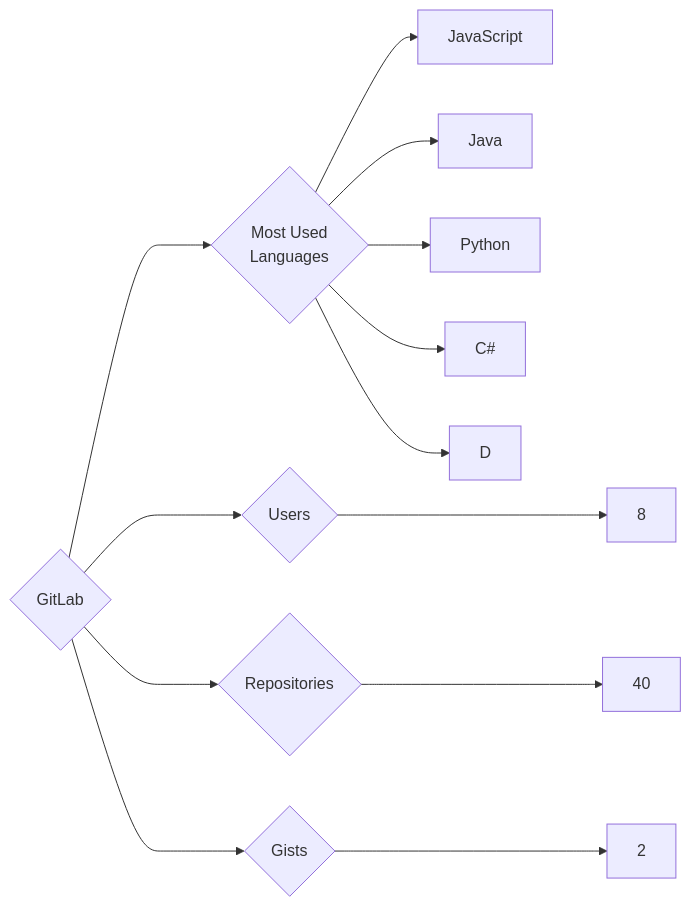
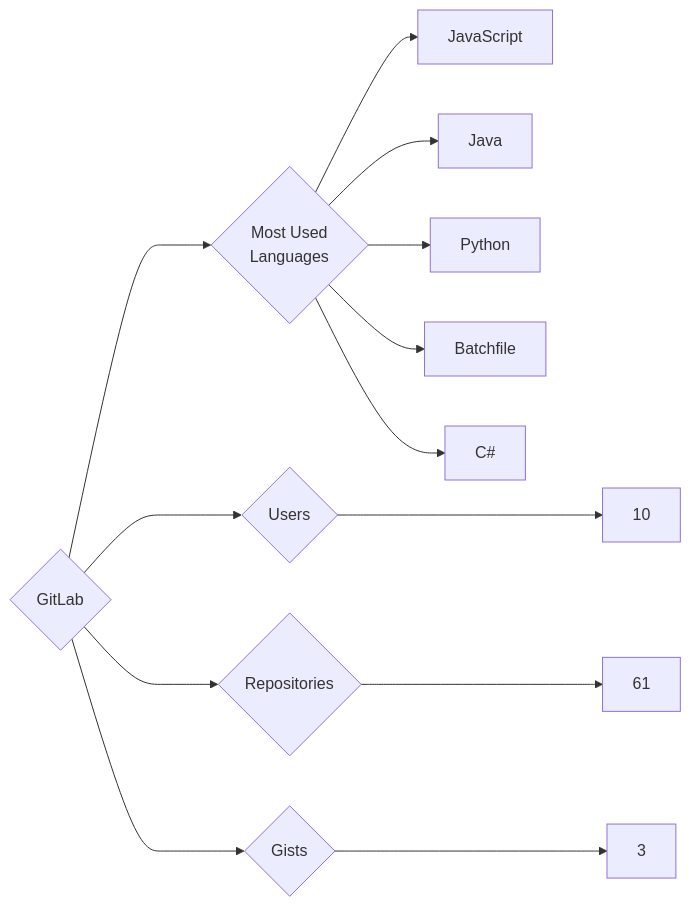
The diagram in targets/GitLab/README.md (trickest/insiders), drawn with Mermaid before and after one commit. The commit also changed 934 other files, not shown here.

````diff
--- a/targets/GitLab/README.md
+++ b/targets/GitLab/README.md
@@ -3,13 +3,13 @@
 ```mermaid
 graph LR
 COMPANY_NAME{GitLab}
-COMPANY_NAME ---> U{Users} ---> UN[8]
-COMPANY_NAME ---> R{Repositories} ---> RN[40]
-COMPANY_NAME ---> G{Gists} ---> GN[2]
+COMPANY_NAME ---> U{Users} ---> UN[10]
+COMPANY_NAME ---> R{Repositories} ---> RN[61]
+COMPANY_NAME ---> G{Gists} ---> GN[3]
 COMPANY_NAME ---> ML{Most Used<br>Languages}
 ML --> JavaScript[JavaScript]
 ML --> Java[Java]
 ML --> Python[Python]
+ML --> Batchfile[Batchfile]
 ML --> C#[C#]
-ML --> D[D]
 ```
````
